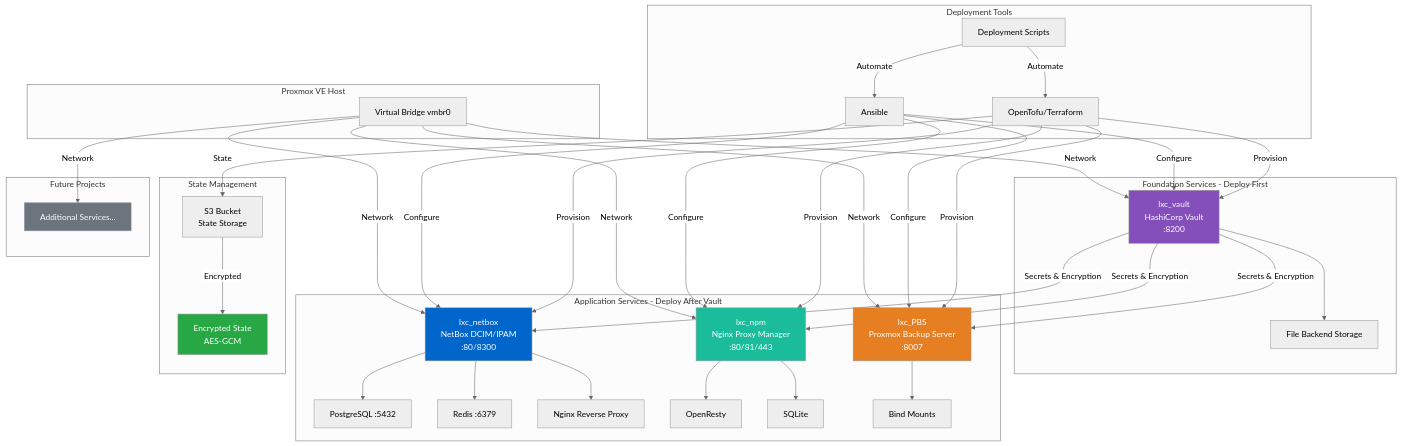
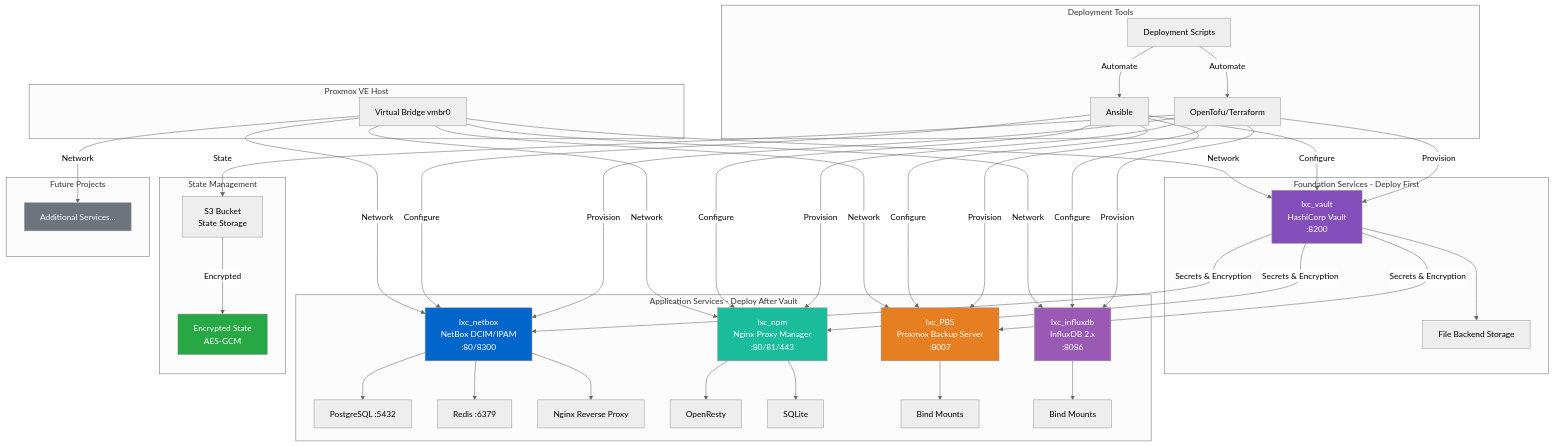
The first of 2 diagrams in README.md (jegorik/HomeLab-Proxmox-Restructured-), drawn with Mermaid (neutral theme) before and after one commit. The commit also changed other lines of this file and 27 other files, not shown here.

First line of the commit message:
feat(terraform): Add LXC InfluxDB deployment configuration

````diff
--- a/README.md
+++ b/README.md
@@ -59,6 +59,8 @@
         NPM2[SQLite]
         PBS[lxc_PBS<br/>Proxmox Backup Server<br/>:8007]
         PBS1[Bind Mounts]
+        INFLUX[lxc_influxdb<br/>InfluxDB 2.x<br/>:8086]
+        INFLUX1[Bind Mounts]
     end
     
     subgraph "State Management"
@@ -74,6 +76,7 @@
     A -->|Provision| F
     A -->|Provision| NPM
     A -->|Provision| PBS
+    A -->|Provision| INFLUX
     A -->|State| G
     G -->|Encrypted| H
     
@@ -81,6 +84,7 @@
     B -->|Configure| F
     B -->|Configure| NPM
     B -->|Configure| PBS
+    B -->|Configure| INFLUX
     
     C -->|Automate| A
     C -->|Automate| B
@@ -99,16 +103,20 @@
     
     PBS --> PBS1
     
+    INFLUX --> INFLUX1
+    
     D -->|Network| E
     D -->|Network| F
     D -->|Network| NPM
     D -->|Network| PBS
+    D -->|Network| INFLUX
     D -->|Network| I
     
     style E fill:#844fba,color:#fff
     style F fill:#0066cc,color:#fff
     style NPM fill:#1abc9c,color:#fff
     style PBS fill:#e67e22,color:#fff
+    style INFLUX fill:#9b59b6,color:#fff
     style H fill:#28a745,color:#fff
     style I fill:#6c757d,color:#fff
 ```
````
